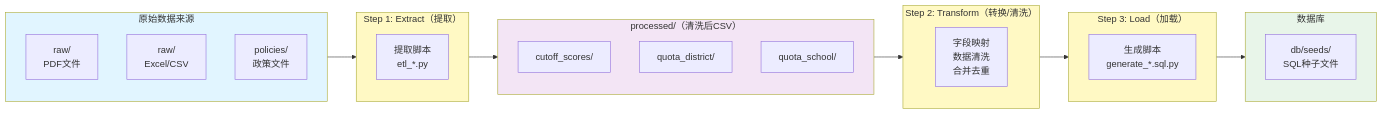
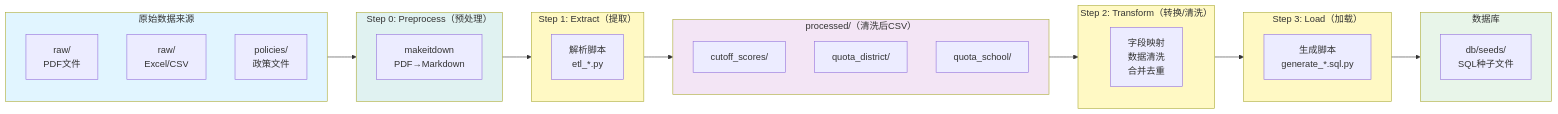
The diagram in original_data/docs/ETL_PIPELINE_SOP.md (wzgown/highschool), drawn with Mermaid before and after one commit. The commit also changed other lines of this file and 25 other files, not shown here.

````diff
--- a/original_data/docs/ETL_PIPELINE_SOP.md
+++ b/original_data/docs/ETL_PIPELINE_SOP.md
@@ -42,43 +42,49 @@
 ```mermaid
 flowchart LR
     subgraph Sources["原始数据来源"]
         A1["raw/<br/>PDF文件"]
         A2["raw/<br/>Excel/CSV"]
         A3["policies/<br/>政策文件"]
     end
 
+    subgraph Preprocess["Step 0: Preprocess（预处理）"]
+        B0["makeitdown<br/>PDF→Markdown"]
+    end
+
     subgraph Extract["Step 1: Extract（提取）"]
-        B["提取脚本<br/>etl_*.py"]
+        B["解析脚本<br/>etl_*.py"]
     end
 
     subgraph Processed["processed/（清洗后CSV）"]
         C1["cutoff_scores/"]
         C2["quota_district/"]
         C3["quota_school/"]
     end
 
     subgraph Transform["Step 2: Transform（转换/清洗）"]
         D["字段映射<br/>数据清洗<br/>合并去重"]
     end
 
     subgraph Load["Step 3: Load（加载）"]
         E["生成脚本<br/>generate_*.sql.py"]
     end
 
     subgraph Database["数据库"]
         F["db/seeds/<br/>SQL种子文件"]
     end
 
-    Sources --> Extract
+    Sources --> Preprocess
+    Preprocess --> Extract
     Extract --> Processed
     Processed --> Transform
     Transform --> Load
     Load --> Database
 
     style Sources fill:#e1f5ff
+    style Preprocess fill:#e0f2f1
     style Extract fill:#fff9c4
     style Processed fill:#f3e5f5
     style Transform fill:#fff9c4
     style Load fill:#fff9c4
     style Database fill:#e8f5e9
 ```
````
